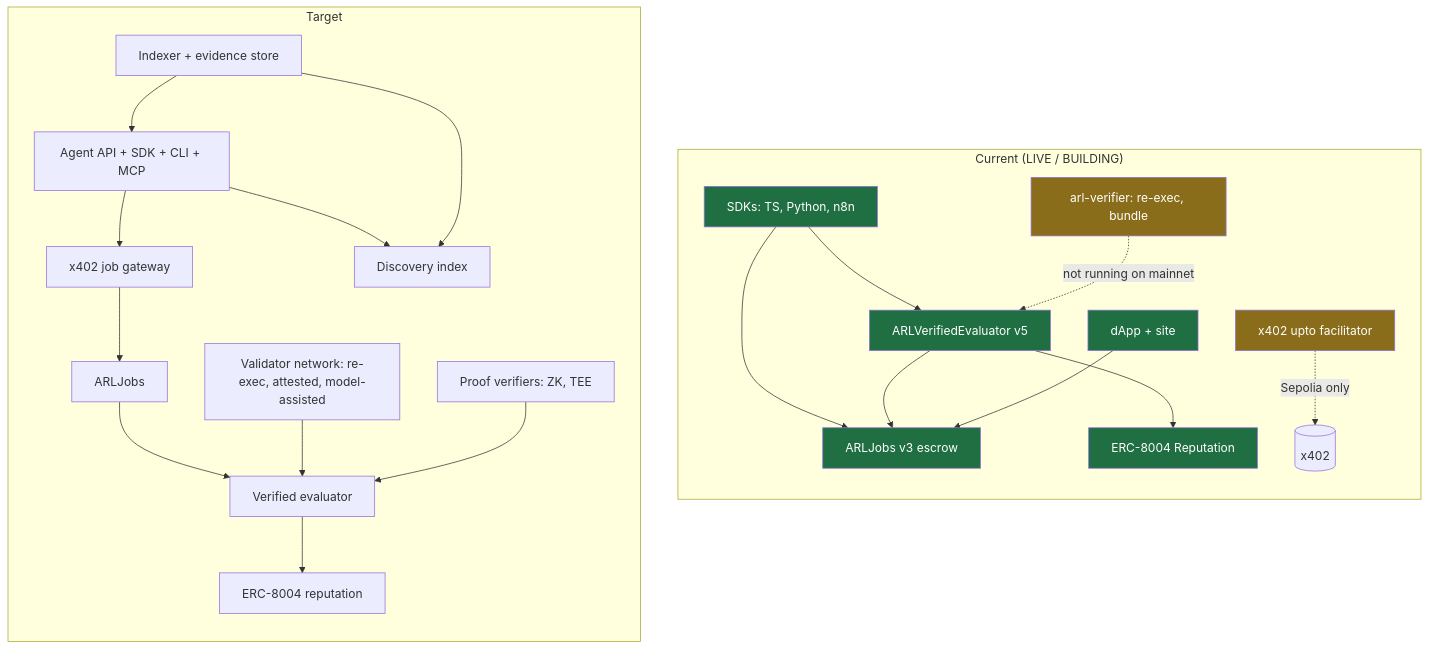
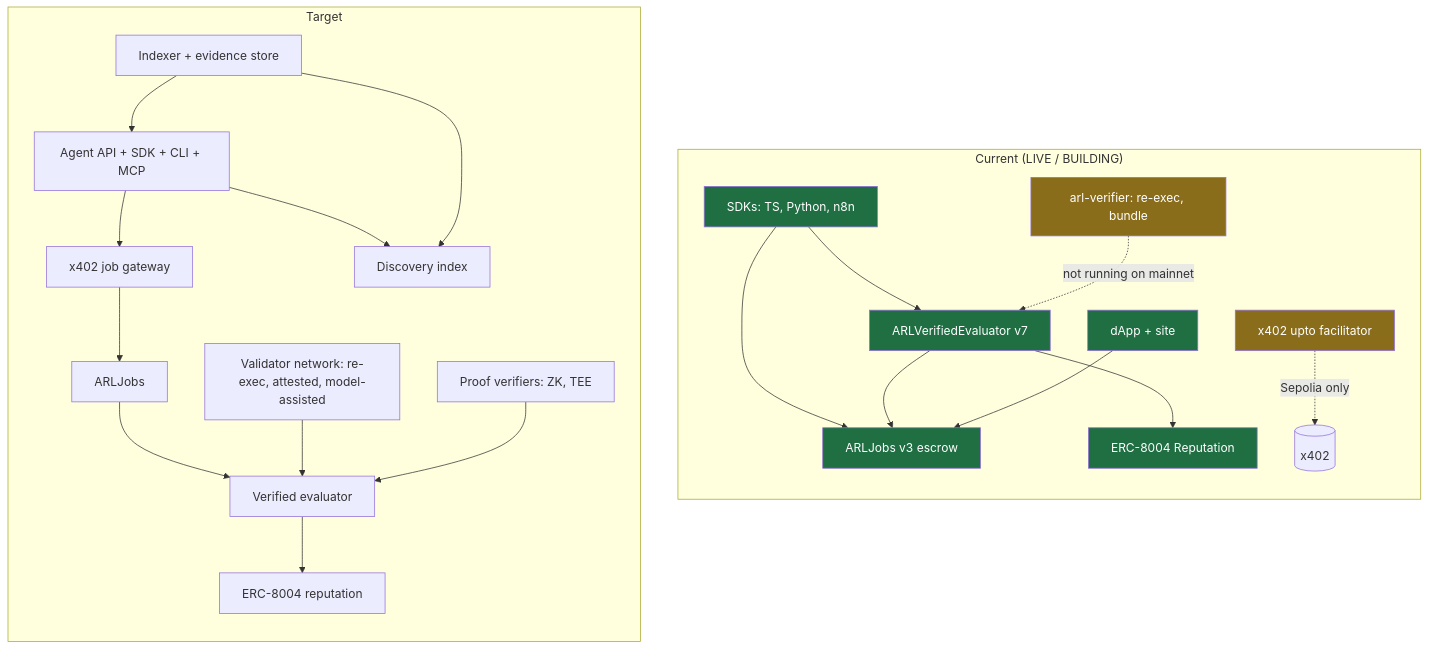
Before and after one commit to armanalabsai/arlcoin.io: the second of 7 diagrams in docs/architecture/MASTER-ARCHITECTURE-ROADMAP.md, drawn with Mermaid. The commit also changed other lines of this file and 7 other files, not shown here.

````diff
--- a/docs/architecture/MASTER-ARCHITECTURE-ROADMAP.md
+++ b/docs/architecture/MASTER-ARCHITECTURE-ROADMAP.md
@@ -140,27 +140,27 @@
 ```mermaid
 flowchart TB
   subgraph Current["Current (LIVE / BUILDING)"]
     direction TB
     C_SDK[SDKs: TS, Python, n8n]:::live --> C_JOBS[ARLJobs v3 escrow]:::live
-    C_SDK --> C_EVAL[ARLVerifiedEvaluator v5]:::live
+    C_SDK --> C_EVAL[ARLVerifiedEvaluator v7]:::live
     C_EVAL --> C_JOBS
     C_EVAL --> C_REP[ERC-8004 Reputation]:::live
     C_VER[arl-verifier: re-exec, bundle]:::building -.not running on mainnet.-> C_EVAL
     C_PAY[x402 upto facilitator]:::building -.Sepolia only.-> C_X402[(x402)]
     C_APP[dApp + site]:::live --> C_JOBS
   end
   subgraph Target["Target"]
     direction TB
     T_API[Agent API + SDK + CLI + MCP] --> T_GW[x402 job gateway]
     T_API --> T_DISC[Discovery index]
     T_GW --> T_JOBS[ARLJobs]
     T_JOBS --> T_EVAL[Verified evaluator]
     T_VALS[Validator network: re-exec, attested, model-assisted] --> T_EVAL
     T_EVAL --> T_REP[ERC-8004 reputation]
     T_IDX[Indexer + evidence store] --> T_DISC
     T_IDX --> T_API
     T_PROOF[Proof verifiers: ZK, TEE] --> T_EVAL
   end
   classDef live fill:#1f6f43,color:#fff
   classDef building fill:#8a6d1a,color:#fff
 ```
````
